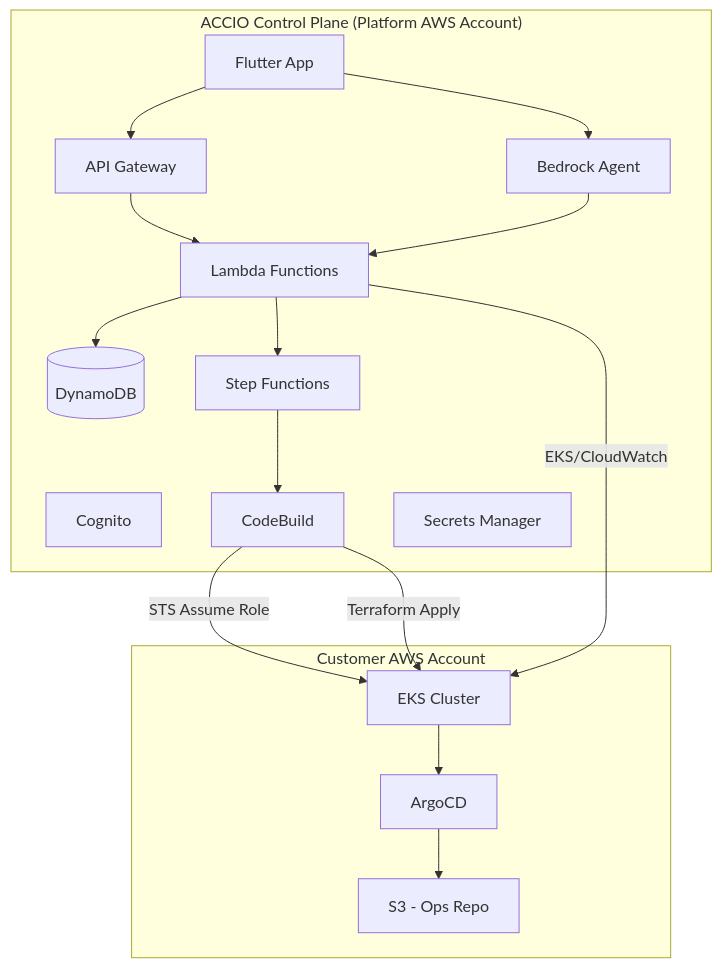
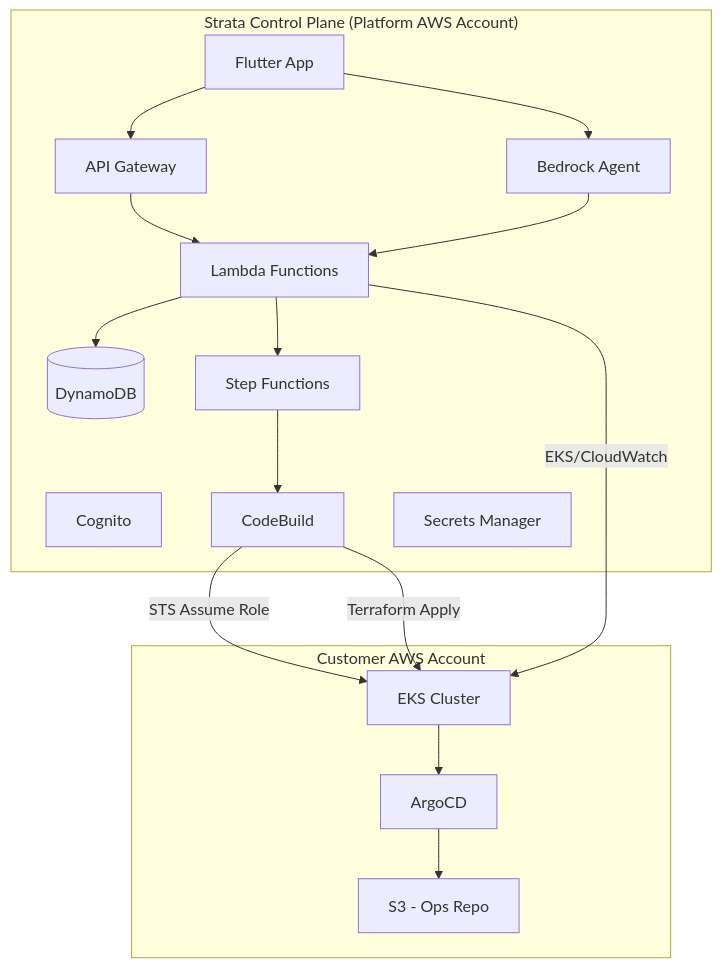
One commit to darshan-raul/strata changed the first of 3 diagrams in README.md. Above: the diagram before and after it, drawn with Mermaid. The commit also changed other lines of this file and 178 other files, not shown here.

First line of the commit message:
rename: Accio → Strata

````diff
--- a/README.md
+++ b/README.md
@@ -37,33 +37,33 @@
 ```mermaid
 graph TB
     subgraph "Customer AWS Account"
         EKS[EKS Cluster]
         ArgoCD[ArgoCD]
         CustomerS3[S3 - Ops Repo]
     end
 
-    subgraph "ACCIO Control Plane (Platform AWS Account)"
+    subgraph "Strata Control Plane (Platform AWS Account)"
         FlutterApp[Flutter App]
         APIGW[API Gateway]
         Cognito[Cognito]
         DynamoDB[(DynamoDB)]
         Lambdas[Lambda Functions]
         StepFunctions[Step Functions]
         CodeBuild[CodeBuild]
         Bedrock[Bedrock Agent]
         SecretsManager[Secrets Manager]
     end
 
     FlutterApp --> APIGW
     APIGW --> Lambdas
     Lambdas --> DynamoDB
     Lambdas --> StepFunctions
     StepFunctions --> CodeBuild
     CodeBuild -->|STS Assume Role| EKS
     CodeBuild -->|Terraform Apply| EKS
     EKS --> ArgoCD
     ArgoCD --> CustomerS3
     FlutterApp --> Bedrock
     Bedrock --> Lambdas
     Lambdas -->|EKS/CloudWatch| EKS
 ```
````
